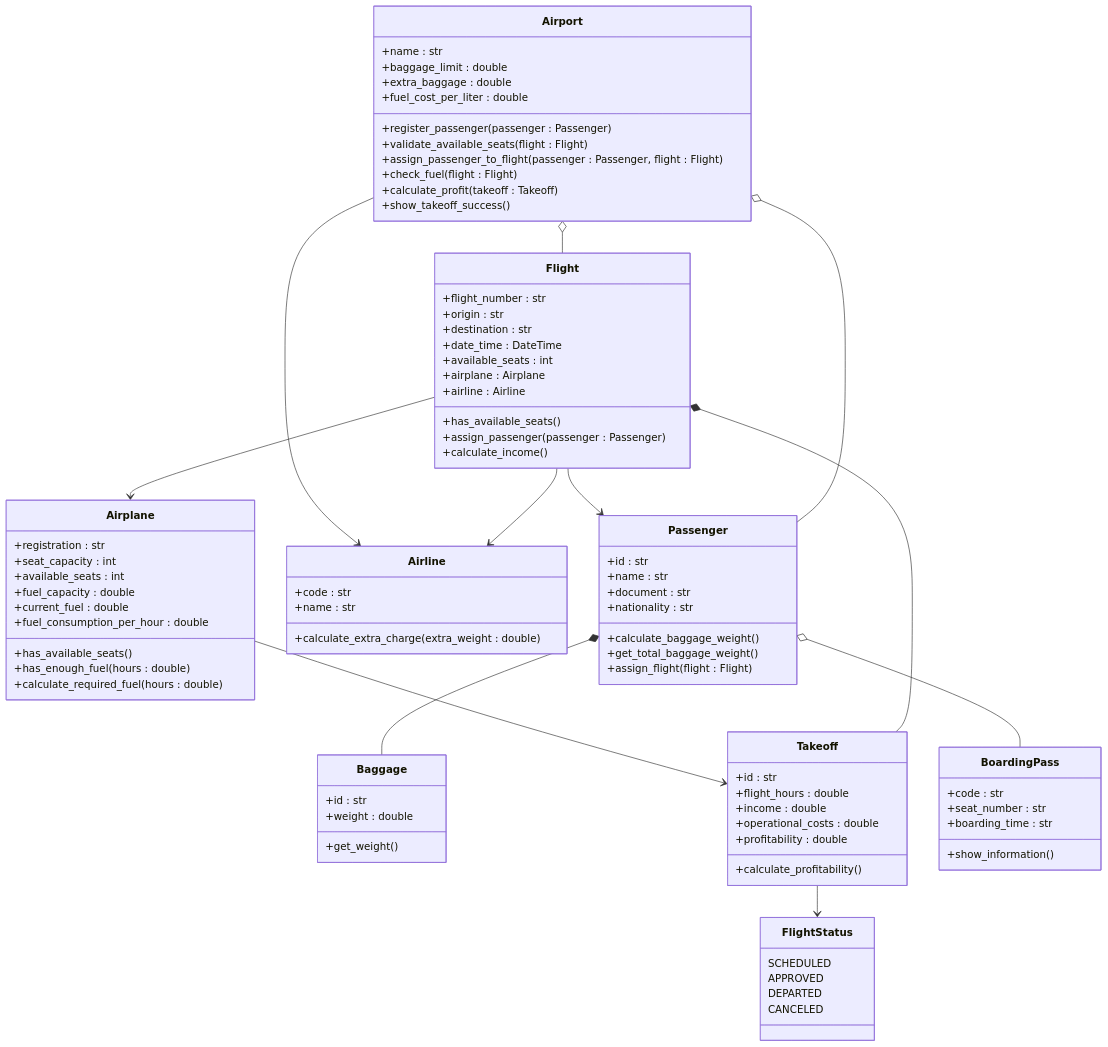
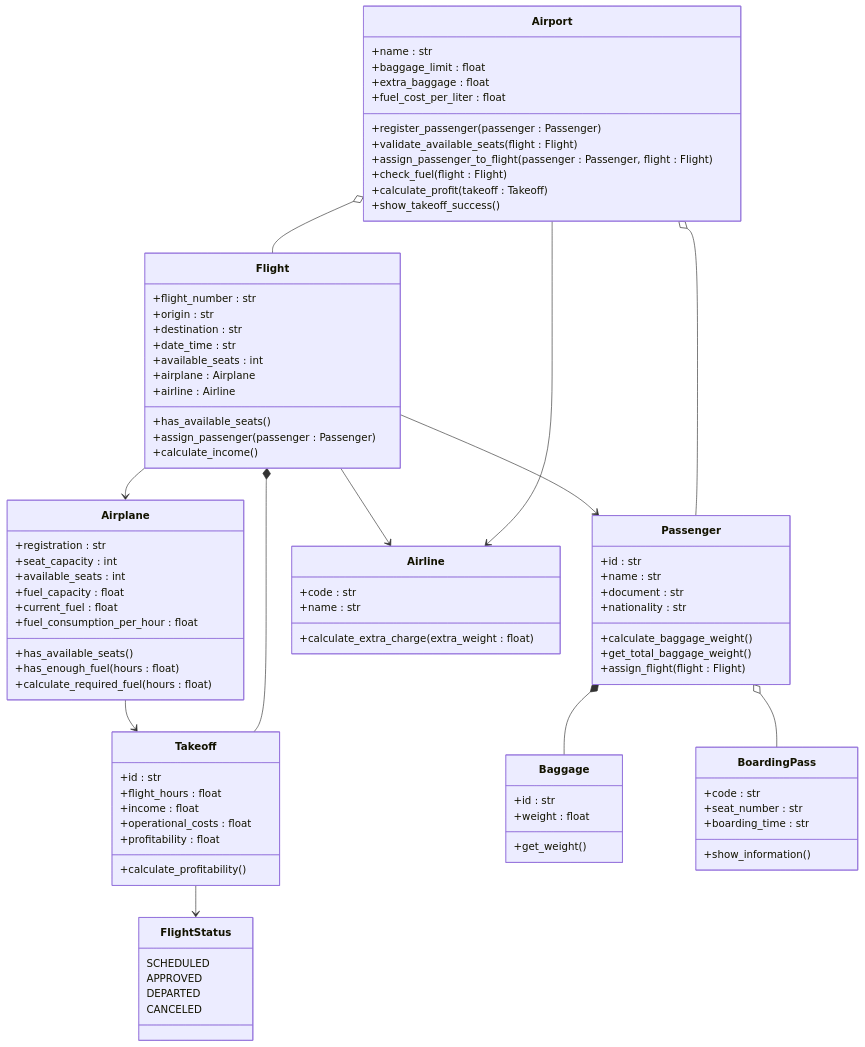
Before and after one commit to CristianDuarted/Proyecto-Aeropuerto-POO: the diagram in README.md, drawn with Mermaid.

Commit message:
se organizo el diagrama UML, falta añadir un poquito la explicacion y objetivos

````diff
--- a/README.md
+++ b/README.md
@@ -32,17 +32,29 @@
 ```mermaid
 classDiagram
-
     class Airport {
         +name : str
-        +baggage_limit : double
-        +extra_baggage : double
-        +fuel_cost_per_liter : double
+        +baggage_limit : float
+        +extra_baggage : float
+        +fuel_cost_per_liter : float
         +register_passenger(passenger : Passenger)
         +validate_available_seats(flight : Flight)
         +assign_passenger_to_flight(passenger : Passenger, flight : Flight)
         +check_fuel(flight : Flight)
         +calculate_profit(takeoff : Takeoff)
         +show_takeoff_success()
+    }
+
+    class Flight {
+        +flight_number : str
+        +origin : str
+        +destination : str
+        +date_time : str
+        +available_seats : int
+        +airplane : Airplane
+        +airline : Airline
+        +has_available_seats()
+        +assign_passenger(passenger : Passenger)
+        +calculate_income()
     }
 
     class Passenger {
@@ -55,52 +67,46 @@
         +assign_flight(flight : Flight)
     }
 
-    class Baggage {
-        +id : str
-        +weight : double
-        +get_weight()
+    class Airplane {
+        +registration : str
+        +seat_capacity : int
+        +available_seats : int
+        +fuel_capacity : float
+        +current_fuel : float
+        +fuel_consumption_per_hour : float
+        +has_available_seats()
+        +has_enough_fuel(hours : float)
+        +calculate_required_fuel(hours : float)
     }
 
     class Airline {
         +code : str
         +name : str
-        +calculate_extra_charge(extra_weight : double)
-    }
-
-    class Flight {
-        +flight_number : str
-        +origin : str
-        +destination : str
-        +date_time : DateTime
-        +available_seats : int
-        +airplane : Airplane
-        +airline : Airline
-        +has_available_seats()
-        +assign_passenger(passenger : Passenger)
-        +calculate_income()
-    }
-
-    class Airplane {
-        +registration : str
-        +seat_capacity : int
-        +available_seats : int
-        +fuel_capacity : double
-        +current_fuel : double
-        +fuel_consumption_per_hour : double
-        +has_available_seats()
-        +has_enough_fuel(hours : double)
-        +calculate_required_fuel(hours : double)
+        +calculate_extra_charge(extra_weight : float)
     }
 
     class Takeoff {
         +id : str
-        +flight_hours : double
-        +income : double
-        +operational_costs : double
-        +profitability : double
+        +flight_hours : float
+        +income : float
+        +operational_costs : float
+        +profitability : float
         +calculate_profitability()
     }
 
+    class Baggage {
+        +id : str
+        +weight : float
+        +get_weight()
+    }
+
+    class BoardingPass {
+        +code : str
+        +seat_number : str
+        +boarding_time : str
+        +show_information()
+    }
+    
     class FlightStatus {
         SCHEDULED
         APPROVED
@@ -108,22 +114,15 @@
         CANCELED
     }
 
-    class BoardingPass {
-    +code : str
-    +seat_number : str
-    +boarding_time : str
-    +show_information()
-    }
-
+    Airport o-- Flight
+    Airport o-- Passenger
+    Airport --> Airline
     Flight --> Airplane
     Flight --> Airline
-    Passenger o-- BoardingPass
-    Airport o-- Passenger
-    Passenger *-- Baggage
-    Airport o-- Flight
-    Airport --> Airline
     Flight --> Passenger
     Flight *-- Takeoff
+    Passenger *-- Baggage
+    Passenger o-- BoardingPass
     Airplane --> Takeoff
     Takeoff --> FlightStatus
 ```
````
